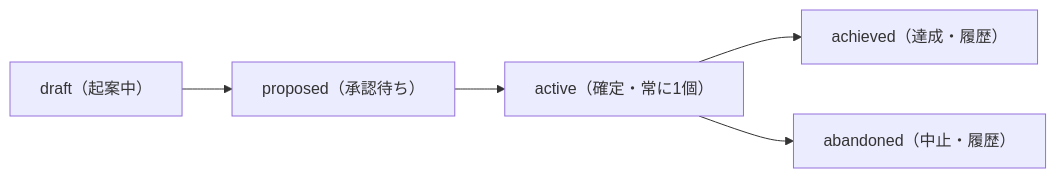
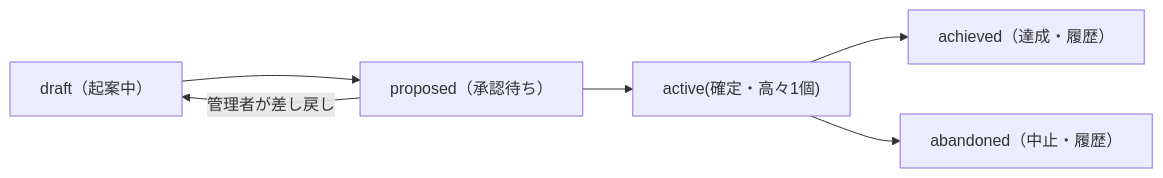
Before and after one commit to FujimoriGit/PairCommit: the second of 3 diagrams in design.md, drawn with Mermaid. The commit also changed other lines of this file, not shown here.

First line of the commit message:
Update design memo: task/vision lifecycle gaps, naming, roadmap

````diff
--- a/design.md
+++ b/design.md
@@ -141,6 +147,7 @@
 ```mermaid
 graph LR
-    draft["draft（起案中）"] --> proposed["proposed（承認待ち）"] --> active["active（確定・常に1個）"]
+    draft["draft（起案中）"] --> proposed["proposed（承認待ち）"] --> active["active(確定・高々1個)"]
+    proposed -->|"管理者が差し戻し"| draft
     active --> achieved["achieved（達成・履歴）"]
     active --> abandoned["abandoned（中止・履歴）"]
 ```
````
